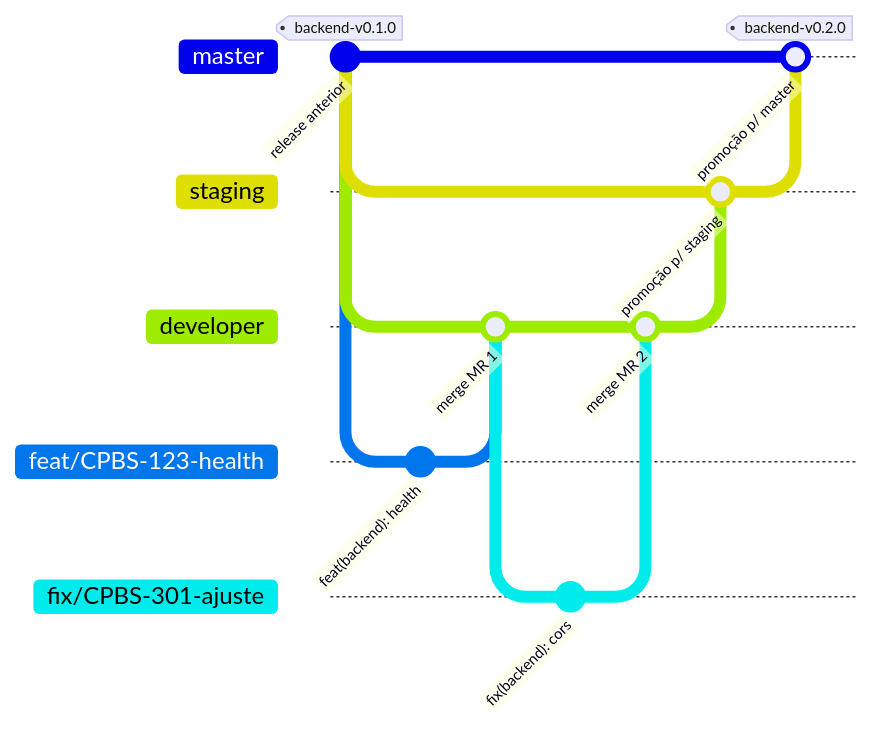
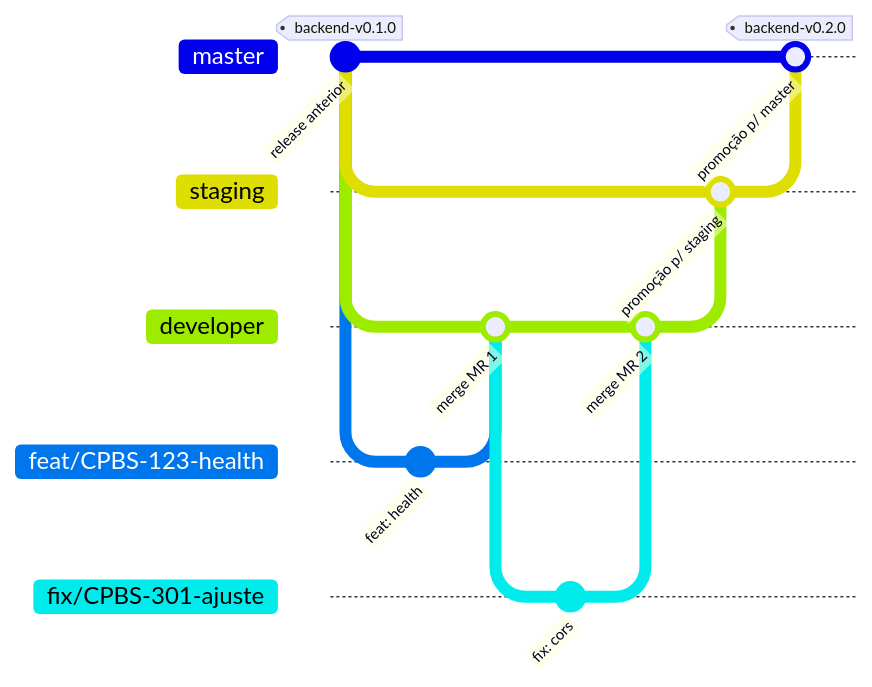
Before and after one commit to oseasmoreto/bot-chat: the second of 4 diagrams in backend/CONTRIBUTING.md, drawn with Mermaid. The commit also changed other lines of this file and 32 other files, not shown here.

````diff
--- a/backend/CONTRIBUTING.md
+++ b/backend/CONTRIBUTING.md
@@ -36,19 +36,19 @@
 ```mermaid
 %%{init: {'gitGraph': {'mainBranchName': 'master'}}}%%
 gitGraph
     commit id: "release anterior" tag: "backend-v0.1.0"
     branch staging
     branch developer
     branch feat/CPBS-123-health
-    commit id: "feat(backend): health"
+    commit id: "feat: health"
     checkout developer
     merge feat/CPBS-123-health id: "merge MR 1"
     branch fix/CPBS-301-ajuste
-    commit id: "fix(backend): cors"
+    commit id: "fix: cors"
     checkout developer
     merge fix/CPBS-301-ajuste id: "merge MR 2"
     checkout staging
     merge developer id: "promoção p/ staging"
     checkout master
     merge staging id: "promoção p/ master" tag: "backend-v0.2.0"
 ```
````
